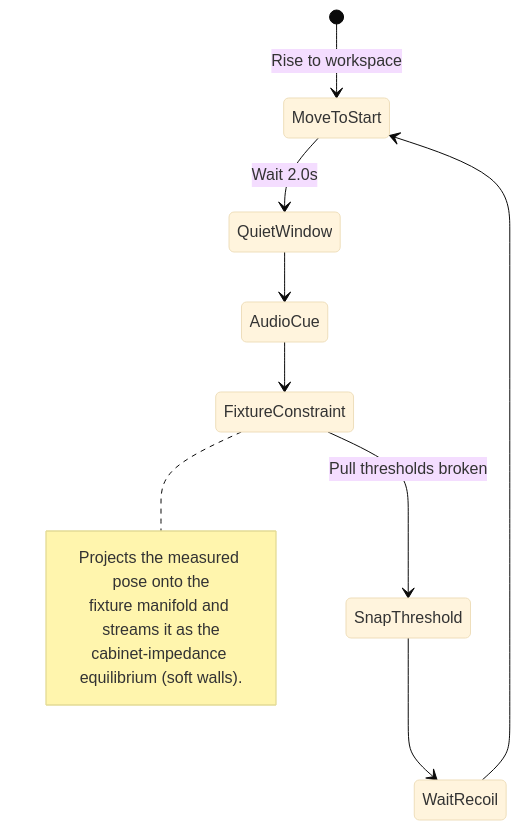
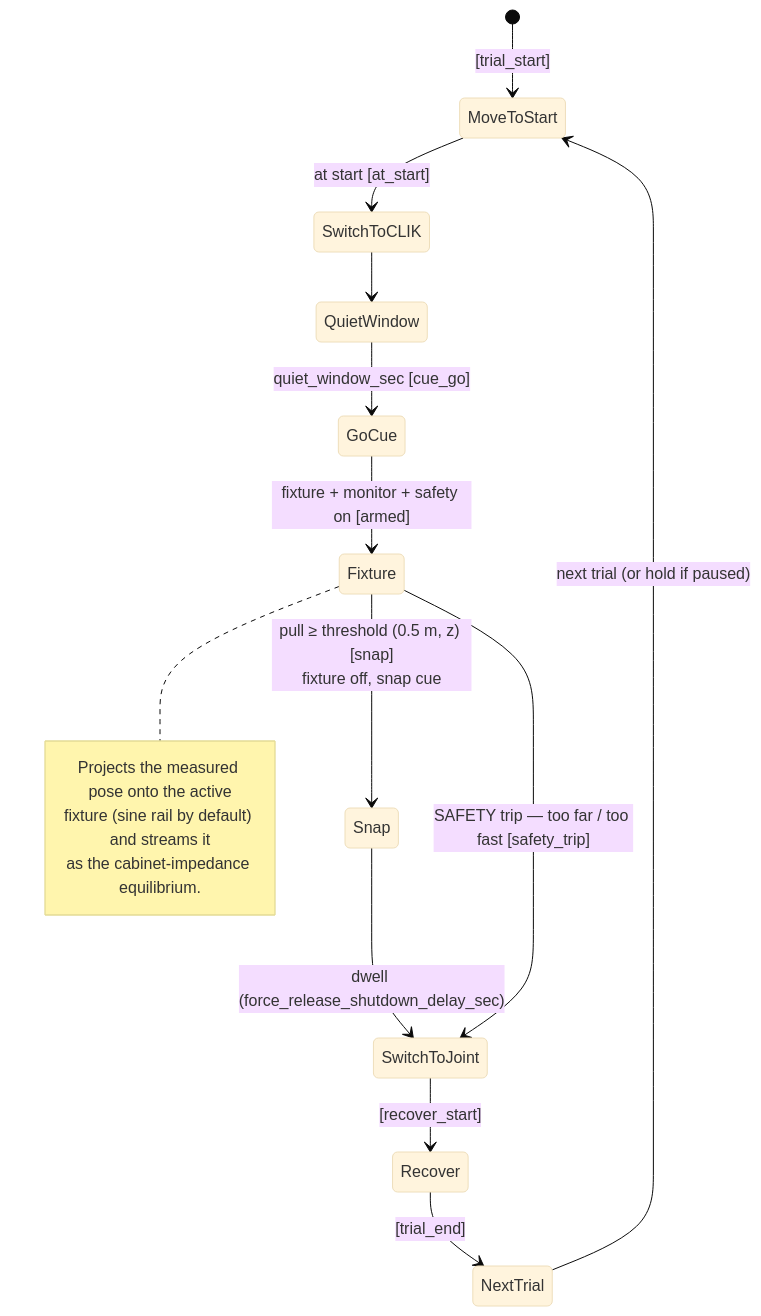
One commit to sinthlab/sinthlab-kuka-stack changed the fifth of 7 diagrams in README.md. Above: the diagram before and after it, drawn with Mermaid (base theme). The commit also changed other lines of this file and 1 other file, not shown here.

````diff
--- a/README.md
+++ b/README.md
@@ -952,15 +1148,19 @@
 ```mermaid
 stateDiagram-v2
-    [*] --> MoveToStart : Rise to workspace
-    MoveToStart --> QuietWindow : Wait 2.0s
-    QuietWindow --> AudioCue
-    AudioCue --> FixtureConstraint
-    note right of FixtureConstraint
-      Projects the measured pose onto the
-      fixture manifold and streams it as the
-      cabinet-impedance equilibrium (soft walls).
+    [*] --> MoveToStart : [trial_start]
+    MoveToStart --> SwitchToCLIK : at start [at_start]
+    SwitchToCLIK --> QuietWindow
+    QuietWindow --> GoCue : quiet_window_sec [cue_go]
+    GoCue --> Fixture : fixture + monitor + safety on [armed]
+    note right of Fixture
+      Projects the measured pose onto the active
+      fixture (sine rail by default) and streams it
+      as the cabinet-impedance equilibrium.
     end note
-    FixtureConstraint --> SnapThreshold : Pull thresholds broken
-    SnapThreshold --> WaitRecoil
-    WaitRecoil --> MoveToStart
+    Fixture --> Snap : pull ≥ threshold (0.5 m, z) [snap]<br/>fixture off, snap cue
+    Snap --> SwitchToJoint : dwell (force_release_shutdown_delay_sec)
+    Fixture --> SwitchToJoint : SAFETY trip — too far / too fast [safety_trip]
+    SwitchToJoint --> Recover : [recover_start]
+    Recover --> NextTrial : [trial_end]
+    NextTrial --> MoveToStart : next trial (or hold if paused)
 ```
````
